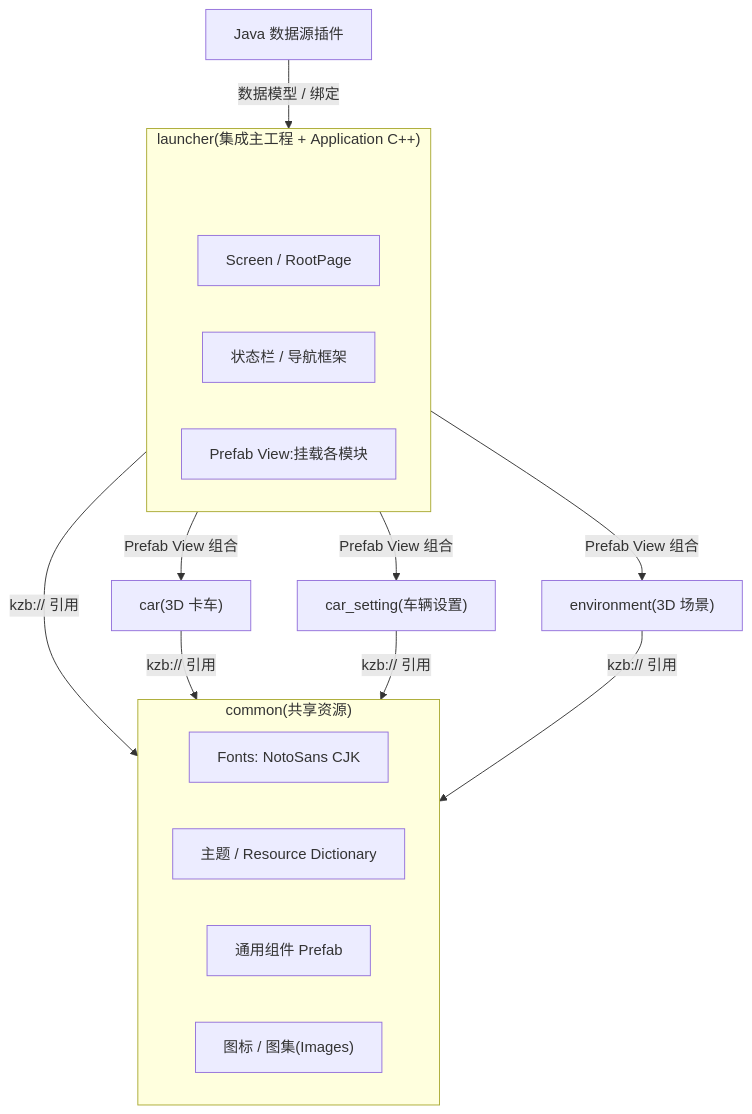
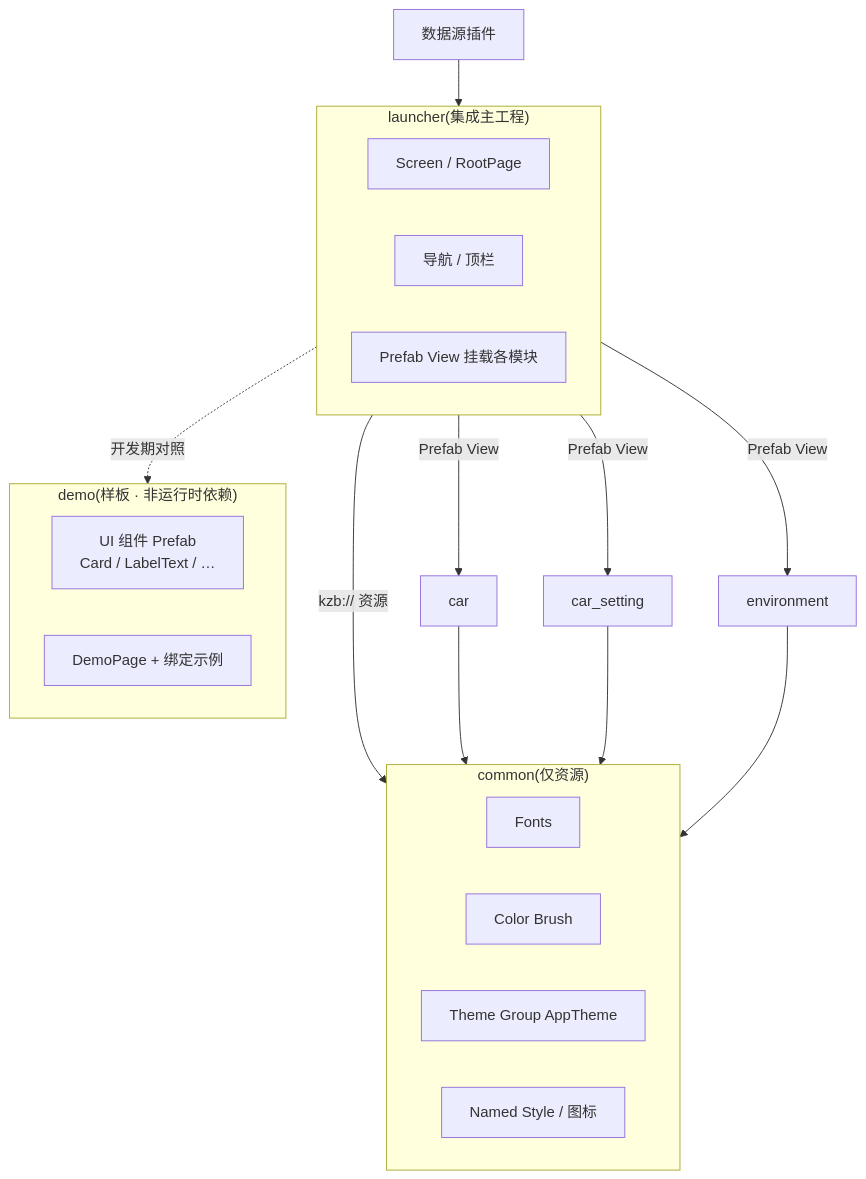
The first of 3 diagrams in docs/architecture.md (ganlong-2016/kanzi_project), drawn with Mermaid before and after one commit. The commit also changed other lines of this file and 12 other files, not shown here.

First line of the commit message:
refactor: move UI components from common to demo

````diff
--- a/docs/architecture.md
+++ b/docs/architecture.md
@@ -16,31 +17,35 @@
 ```mermaid
 flowchart TB
-    subgraph common["common(共享资源)"]
-        c1["Fonts: NotoSans CJK"]
-        c2["主题 / Resource Dictionary"]
-        c3["通用组件 Prefab"]
-        c4["图标 / 图集(Images)"]
+    subgraph common["common(仅资源)"]
+        c1["Fonts"]
+        c2["Color Brush"]
+        c3["Theme Group AppTheme"]
+        c4["Named Style / 图标"]
     end
 
-    subgraph launcher["launcher(集成主工程 + Application C++)"]
-        space[" "]
-        style space fill:none,stroke:none,color:#00000000
-        l1["Screen / RootPage"]
-        l2["状态栏 / 导航框架"]
-        l3["Prefab View:挂载各模块"]
+    subgraph demo["demo(样板 · 非运行时依赖)"]
+        d1["UI 组件 Prefab<br/>Card / LabelText / …"]
+        d2["DemoPage + 绑定示例"]
     end
 
-    car["car(3D 卡车)"]
-    car_setting["car_setting(车辆设置)"]
-    environment["environment(3D 场景)"]
-    plugin["Java 数据源插件"]
+    subgraph launcher["launcher(集成主工程)"]
+        l1["Screen / RootPage"]
+        l2["导航 / 顶栏"]
+        l3["Prefab View 挂载各模块"]
+    end
 
-    launcher -->|kzb:// 引用| common
-    car -->|kzb:// 引用| common
-    car_setting -->|kzb:// 引用| common
-    environment -->|kzb:// 引用| common
-    launcher -->|Prefab View 组合| car
-    launcher -->|Prefab View 组合| car_setting
-    launcher -->|Prefab View 组合| environment
-    plugin -->|数据模型 / 绑定| launcher
+    car["car"]
+    car_setting["car_setting"]
+    environment["environment"]
+    plugin["数据源插件"]
+
+    launcher -->|kzb:// 资源| common
+    car --> common
+    car_setting --> common
+    environment --> common
+    launcher -->|Prefab View| car
+    launcher -->|Prefab View| car_setting
+    launcher -->|Prefab View| environment
+    launcher -.开发期对照.-> demo
+    plugin --> launcher
 ```
````
